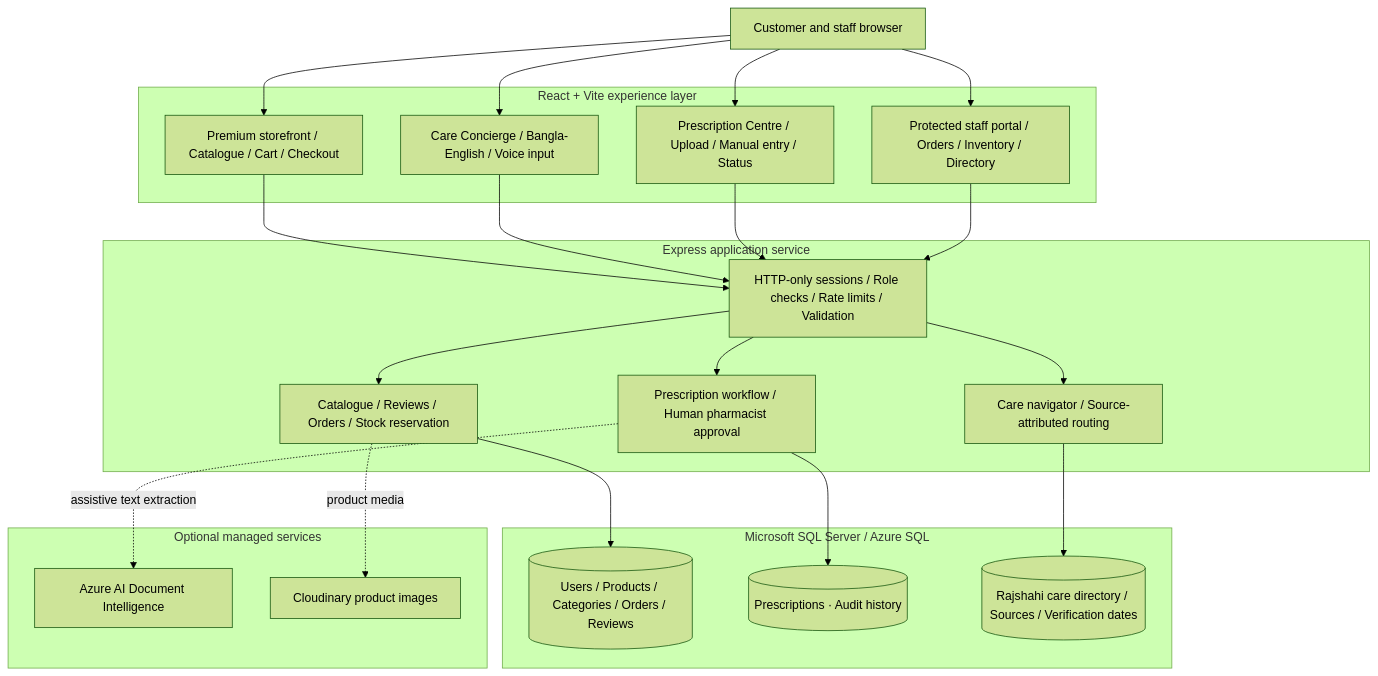
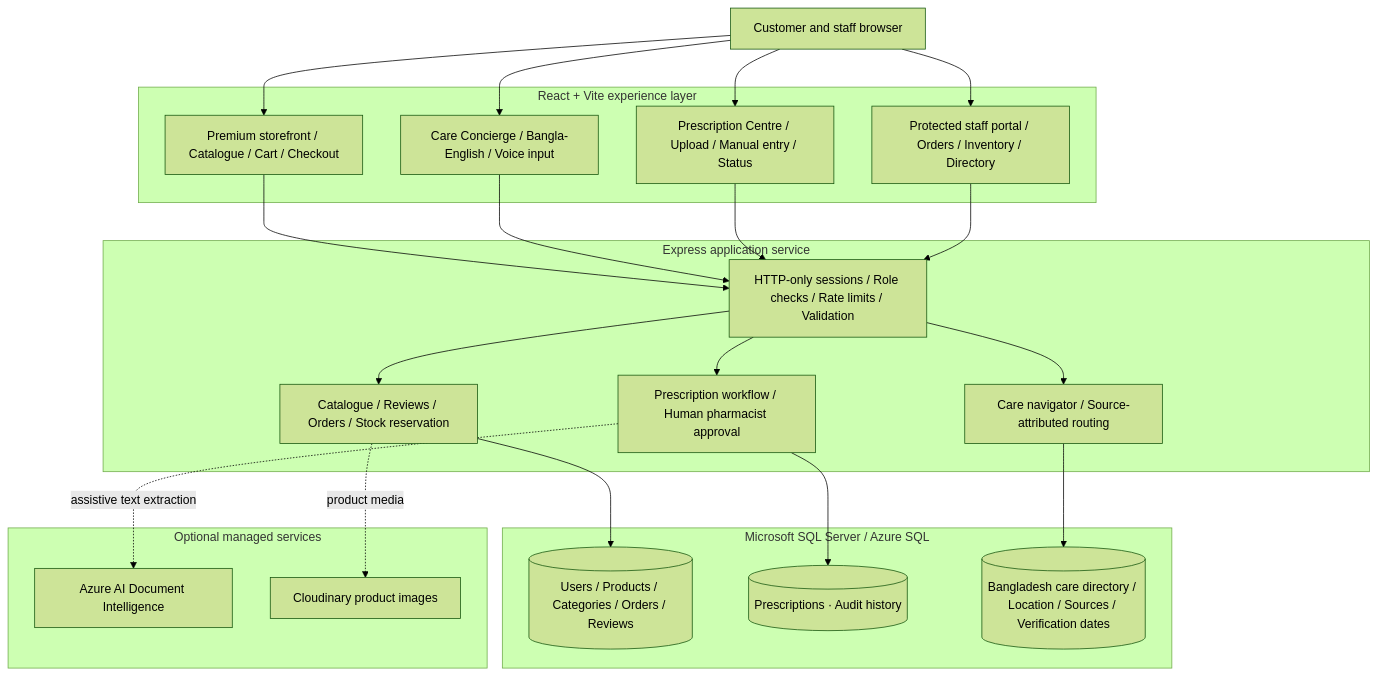
Before and after one commit to shadianoormou/Aurevia_Care: the diagram in README.md, drawn with Mermaid (forest theme). The commit also changed other lines of this file and 14 other files, not shown here.

Commit message:
feat: add Bangladesh-wide care routing and premium catalog UX

````diff
--- a/README.md
+++ b/README.md
@@ -60,46 +60,46 @@
 ```mermaid
 flowchart TB
     Browser[Customer and staff browser]
 
     subgraph Experience[React + Vite experience layer]
         Storefront[Premium storefront / Catalogue / Cart / Checkout]
         Care[Care Concierge / Bangla-English / Voice input]
         Prescription[Prescription Centre / Upload / Manual entry / Status]
         Backoffice[Protected staff portal / Orders / Inventory / Directory]
     end
 
     subgraph Service[Express application service]
         Security[HTTP-only sessions / Role checks / Rate limits / Validation]
         Commerce[Catalogue / Reviews / Orders / Stock reservation]
         Clinical[Prescription workflow / Human pharmacist approval]
         Navigator[Care navigator / Source-attributed routing]
     end
 
     subgraph Data[Microsoft SQL Server / Azure SQL]
         Core[(Users / Products / Categories / Orders / Reviews)]
         Protected[(Prescriptions · Audit history)]
-        Directory[(Rajshahi care directory / Sources / Verification dates)]
+        Directory[(Bangladesh care directory / Location / Sources / Verification dates)]
     end
 
     subgraph Optional[Optional managed services]
         OCR[Azure AI Document Intelligence]
         Images[Cloudinary product images]
     end
 
     Browser --> Storefront
     Browser --> Care
     Browser --> Prescription
     Browser --> Backoffice
     Storefront --> Security
     Care --> Security
     Prescription --> Security
     Backoffice --> Security
     Security --> Commerce
     Security --> Clinical
     Security --> Navigator
     Commerce --> Core
     Clinical --> Protected
     Navigator --> Directory
     Clinical -. assistive text extraction .-> OCR
     Commerce -. product media .-> Images
 ```
````
